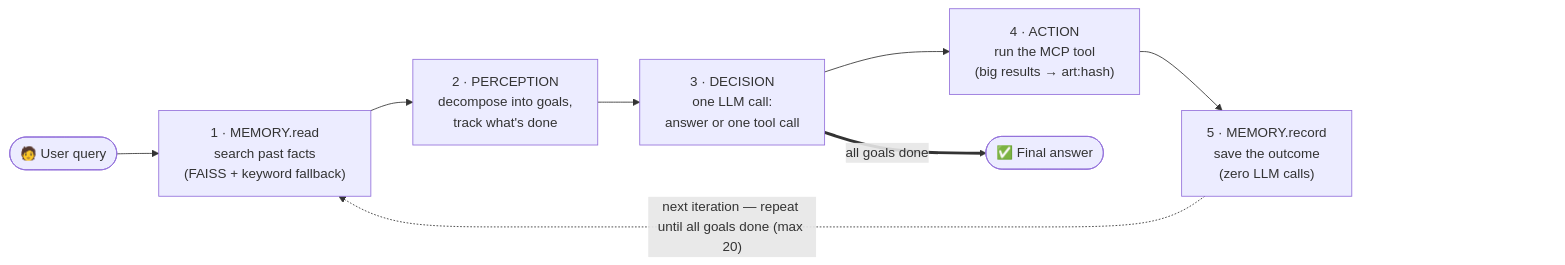
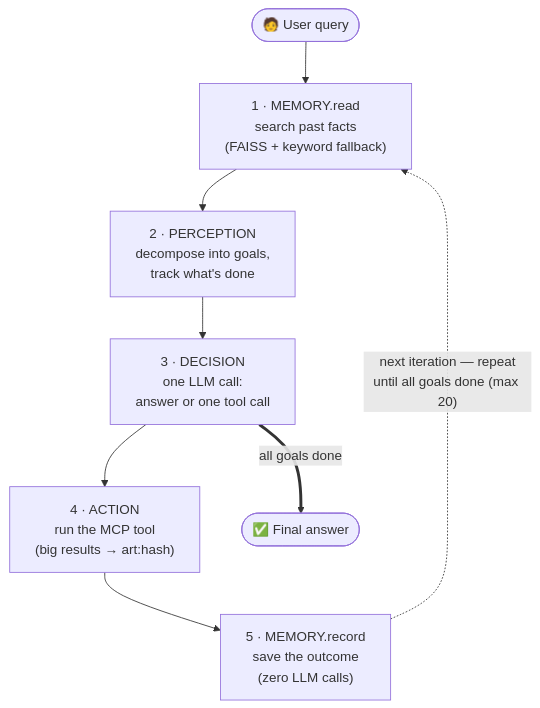
The second of 2 diagrams in README.md (SIDDHIK-355/7.Agentic-RAG-System-for-Document-Question-Answering), drawn with Mermaid before and after one commit.

Commit message:
README: architecture diagram vertical (TB) so it renders larger

````diff
--- a/README.md
+++ b/README.md
@@ -80,12 +80,10 @@
 ```mermaid
-flowchart LR
+flowchart TB
     U(["🧑 User query"]) --> M1["1 · MEMORY.read<br>search past facts<br>(FAISS + keyword fallback)"]
     M1 --> P["2 · PERCEPTION<br>decompose into goals,<br>track what's done"]
     P --> D["3 · DECISION<br>one LLM call:<br>answer or one tool call"]
     D --> A["4 · ACTION<br>run the MCP tool<br>(big results → art:hash)"]
     A --> M2["5 · MEMORY.record<br>save the outcome<br>(zero LLM calls)"]
-    M2 -. "next iteration — repeat until all goals done (max 20)" .-> M1
+    M2 -. "next iteration — repeat<br>until all goals done (max 20)" .-> M1
     D == "all goals done" ==> F(["✅ Final answer"])
-    M2 ~~~ SP["_______________"]
-    style SP fill:none,stroke:none,color:transparent
 ```
````
